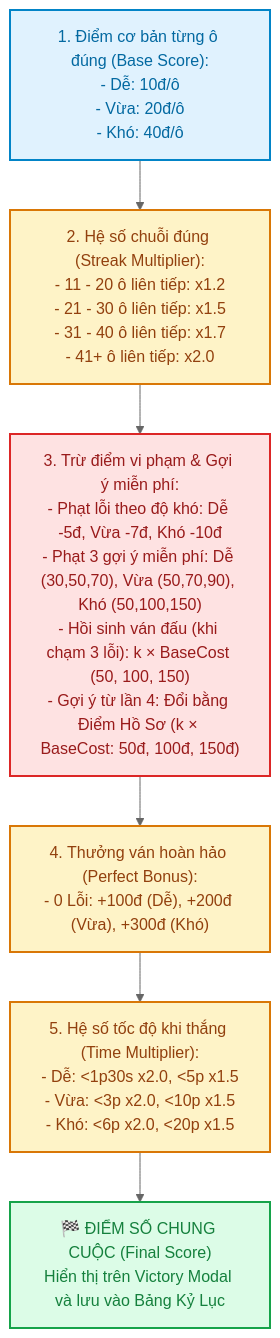
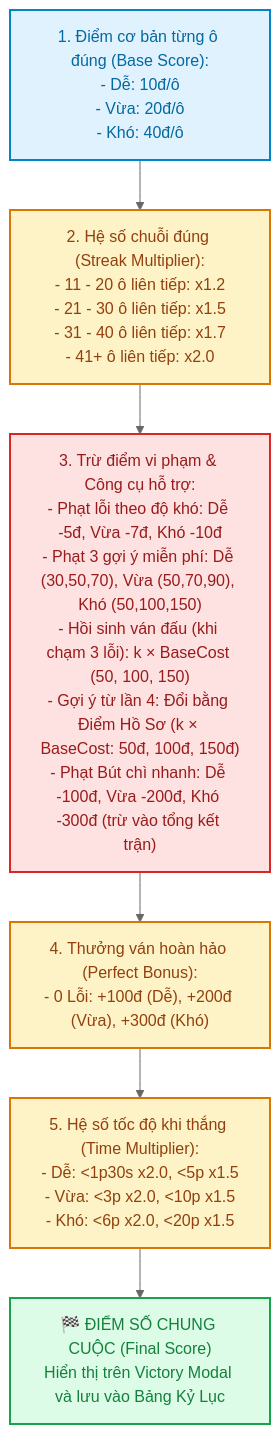
Before and after one commit to Jhanh/Sudoku_game: the second of 3 diagrams in docs/04_storage_and_scoring_models.md, drawn with Mermaid (neutral theme). The commit also changed other lines of this file and 11 other files, not shown here.

````diff
--- a/docs/04_storage_and_scoring_models.md
+++ b/docs/04_storage_and_scoring_models.md
@@ -75,30 +78,30 @@
 ```mermaid
 flowchart TD
     classDef base fill:#E0F2FE,stroke:#0284C7,stroke-width:2px,color:#0369A1;
     classDef mult fill:#FEF3C7,stroke:#D97706,stroke-width:2px,color:#92400E;
     classDef penalty fill:#FEE2E2,stroke:#DC2626,stroke-width:2px,color:#991B1B;
     classDef total fill:#DCFCE7,stroke:#16A34A,stroke-width:2px,color:#15803D;
 
     P_BASE["1. Điểm cơ bản từng ô đúng (Base Score):<br/>- Dễ: 10đ/ô<br/>- Vừa: 20đ/ô<br/>- Khó: 40đ/ô"]
 
     P_STREAK["2. Hệ số chuỗi đúng (Streak Multiplier):<br/>- 11 - 20 ô liên tiếp: x1.2<br/>- 21 - 30 ô liên tiếp: x1.5<br/>- 31 - 40 ô liên tiếp: x1.7<br/>- 41+ ô liên tiếp: x2.0"]
 
-    P_PENALTY["3. Trừ điểm vi phạm & Gợi ý miễn phí:<br/>- Phạt lỗi theo độ khó: Dễ -5đ, Vừa -7đ, Khó -10đ<br/>- Phạt 3 gợi ý miễn phí: Dễ (30,50,70), Vừa (50,70,90), Khó (50,100,150)<br/>- Hồi sinh ván đấu (khi chạm 3 lỗi): k × BaseCost (50, 100, 150)<br/>- Gợi ý từ lần 4: Đổi bằng Điểm Hồ Sơ (k × BaseCost: 50đ, 100đ, 150đ)"]
+    P_PENALTY["3. Trừ điểm vi phạm & Công cụ hỗ trợ:<br/>- Phạt lỗi theo độ khó: Dễ -5đ, Vừa -7đ, Khó -10đ<br/>- Phạt 3 gợi ý miễn phí: Dễ (30,50,70), Vừa (50,70,90), Khó (50,100,150)<br/>- Hồi sinh ván đấu (khi chạm 3 lỗi): k × BaseCost (50, 100, 150)<br/>- Gợi ý từ lần 4: Đổi bằng Điểm Hồ Sơ (k × BaseCost: 50đ, 100đ, 150đ)<br/>- Phạt Bút chì nhanh: Dễ -100đ, Vừa -200đ, Khó -300đ (trừ vào tổng kết trận)"]
 
     P_BONUS["4. Thưởng ván hoàn hảo (Perfect Bonus):<br/>- 0 Lỗi: +100đ (Dễ), +200đ (Vừa), +300đ (Khó)"]
 
     P_TIME["5. Hệ số tốc độ khi thắng (Time Multiplier):<br/>- Dễ: <1p30s x2.0, <5p x1.5<br/>- Vừa: <3p x2.0, <10p x1.5<br/>- Khó: <6p x2.0, <20p x1.5"]
 
     P_FINAL["🏁 ĐIỂM SỐ CHUNG CUỘC (Final Score)<br/>Hiển thị trên Victory Modal và lưu vào Bảng Kỷ Lục"]
 
     P_BASE --> P_STREAK
     P_STREAK --> P_PENALTY
     P_PENALTY --> P_BONUS
     P_BONUS --> P_TIME
     P_TIME --> P_FINAL
 
     class P_BASE base;
     class P_STREAK,P_TIME,P_BONUS mult;
     class P_PENALTY penalty;
     class P_FINAL total;
 ```
````
